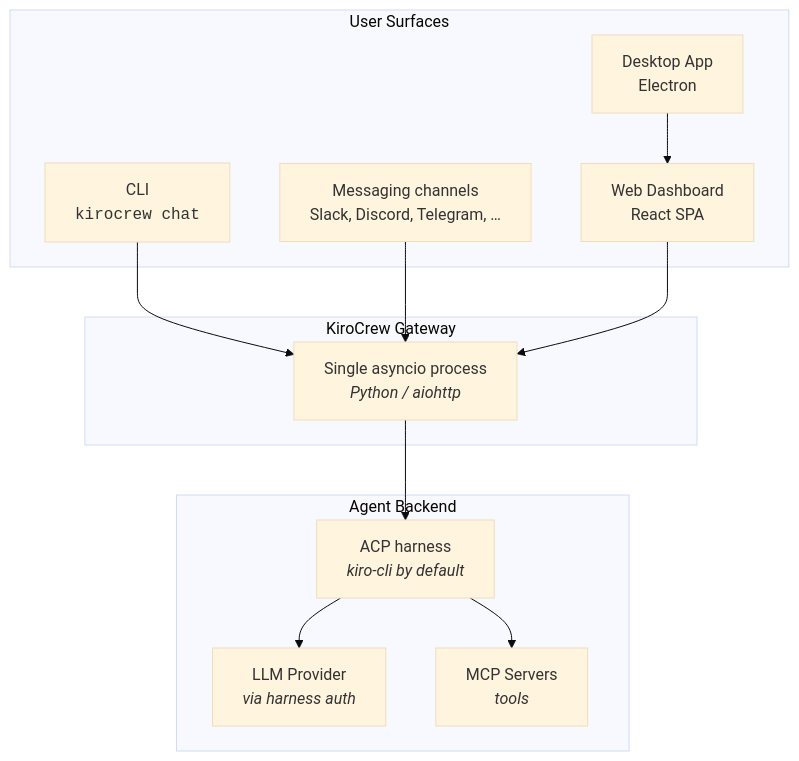
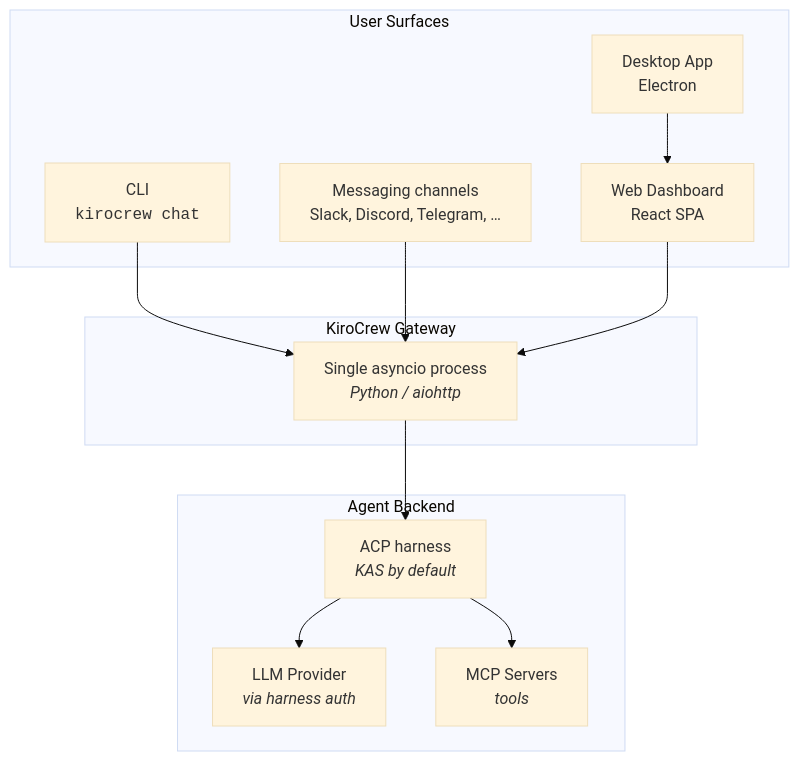
One commit to kirodotdev/KiroCrew changed the first of 9 diagrams in docs/architecture/overview.md. Above: the diagram before and after it, drawn with Mermaid (base theme). The commit also changed other lines of this file and 3 other files, not shown here.

Commit message:
docs(architecture): name KAS as the default harness and drop closed issue numbers

````diff
--- a/docs/architecture/overview.md
+++ b/docs/architecture/overview.md
@@ -82,28 +85,28 @@
 ```mermaid
 graph TB
     subgraph "User Surfaces"
         CLI[CLI<br/><code>kirocrew chat</code>]
         CHAN[Messaging channels<br/>Slack, Discord, Telegram, …]
         Dashboard[Web Dashboard<br/>React SPA]
         Desktop[Desktop App<br/>Electron]
     end
 
     subgraph "KiroCrew Gateway"
         GW[Single asyncio process<br/><i>Python / aiohttp</i>]
     end
 
     subgraph "Agent Backend"
-        KC[ACP harness<br/><i>kiro-cli by default</i>]
+        KC[ACP harness<br/><i>KAS by default</i>]
         LLM[LLM Provider<br/><i>via harness auth</i>]
         MCP[MCP Servers<br/><i>tools</i>]
     end
 
     CLI --> GW
     CHAN --> GW
     Dashboard --> GW
     Desktop --> Dashboard
 
     GW --> KC
     KC --> LLM
     KC --> MCP
 ```
````
